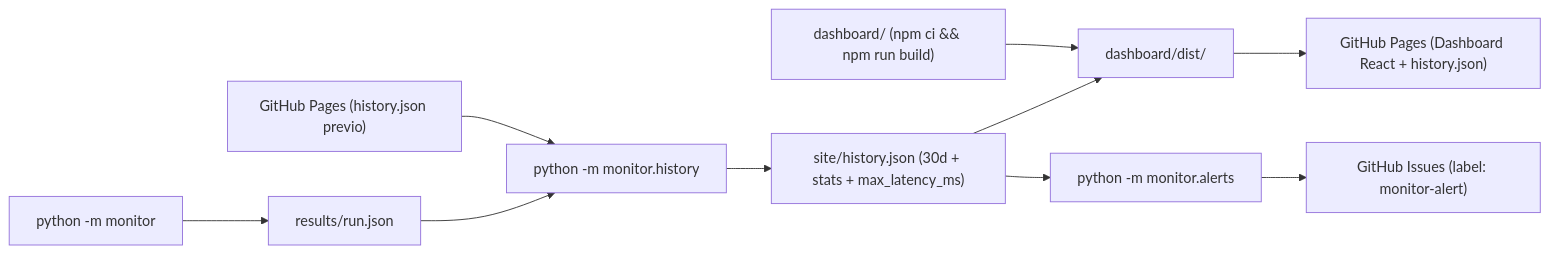
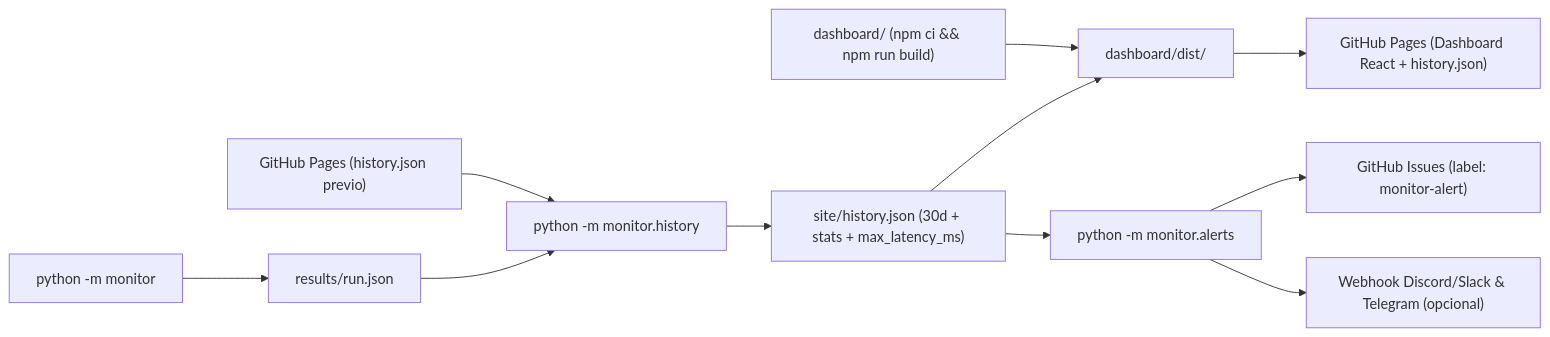
Before and after one commit to facupeletay/qa-api-monitor: the diagram in README.md, drawn with Mermaid. The commit also changed other lines of this file and 19 other files, not shown here.

Commit message:
feat: add dashboard sector filters, external webhook/Telegram alerts, HTML content validation and 18 monitors

````diff
--- a/README.md
+++ b/README.md
@@ -15,12 +15,13 @@
 ```mermaid
 flowchart LR
     A["python -m monitor"] --> B["results/run.json"]
     P["GitHub Pages (history.json previo)"] --> C["python -m monitor.history"]
     B --> C
     C --> D["site/history.json (30d + stats + max_latency_ms)"]
     F["dashboard/ (npm ci && npm run build)"] --> G["dashboard/dist/"]
     D --> G
     G --> E["GitHub Pages (Dashboard React + history.json)"]
     D --> H["python -m monitor.alerts"]
     H --> I["GitHub Issues (label: monitor-alert)"]
+    H --> J["Webhook Discord/Slack & Telegram (opcional)"]
 ```
````
